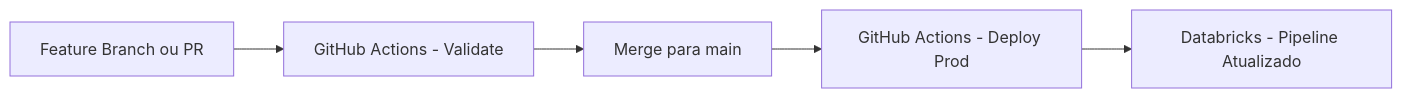
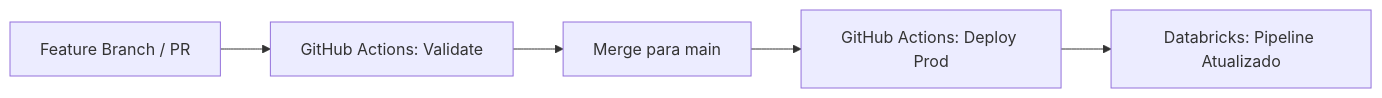
One commit to RafaelOCorrea/databricks-lakehouse-dataops changed the second of 2 diagrams in README.md. Above: the diagram before and after it, drawn with Mermaid. The commit also changed other lines of this file, not shown here.

Commit message:
docs: use canonical graph syntax for 100% github mermaid compatibility

````diff
--- a/README.md
+++ b/README.md
@@ -91,7 +78,7 @@
 ```mermaid
-flowchart LR
-    DEV[Feature Branch ou PR] --> GHA_VAL[GitHub Actions - Validate]
-    GHA_VAL --> MERGE[Merge para main]
-    MERGE --> GHA_DEP[GitHub Actions - Deploy Prod]
-    GHA_DEP --> DBX[Databricks - Pipeline Atualizado]
+graph LR
+    A["Feature Branch / PR"] --> B["GitHub Actions: Validate"]
+    B --> C["Merge para main"]
+    C --> D["GitHub Actions: Deploy Prod"]
+    D --> E["Databricks: Pipeline Atualizado"]
 ```
````
